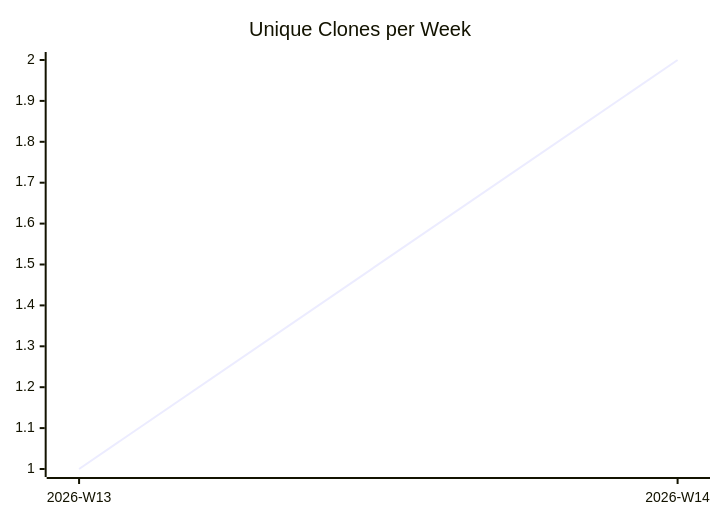
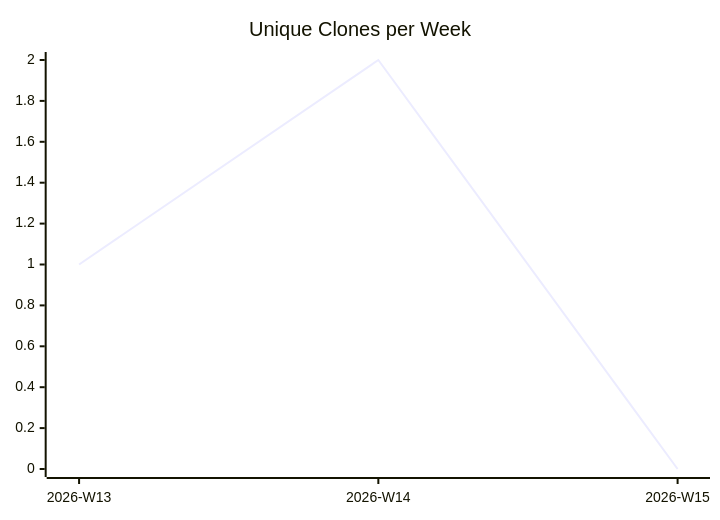
Before and after one commit to justdavis-family/github-analytics-data: the third of 3 diagrams in karlmdavis/ansible-jenkins/README.md, drawn with Mermaid. The commit also changed other lines of this file and 190 other files, not shown here.

````diff
--- a/karlmdavis/ansible-jenkins/README.md
+++ b/karlmdavis/ansible-jenkins/README.md
@@ -19,6 +19,6 @@
 ```mermaid
 xychart-beta
   title "Unique Clones per Week"
-  x-axis ["2026-W13", "2026-W14"]
-  line [1, 2]
+  x-axis ["2026-W13", "2026-W14", "2026-W15"]
+  line [1, 2, 0]
 ```
````
